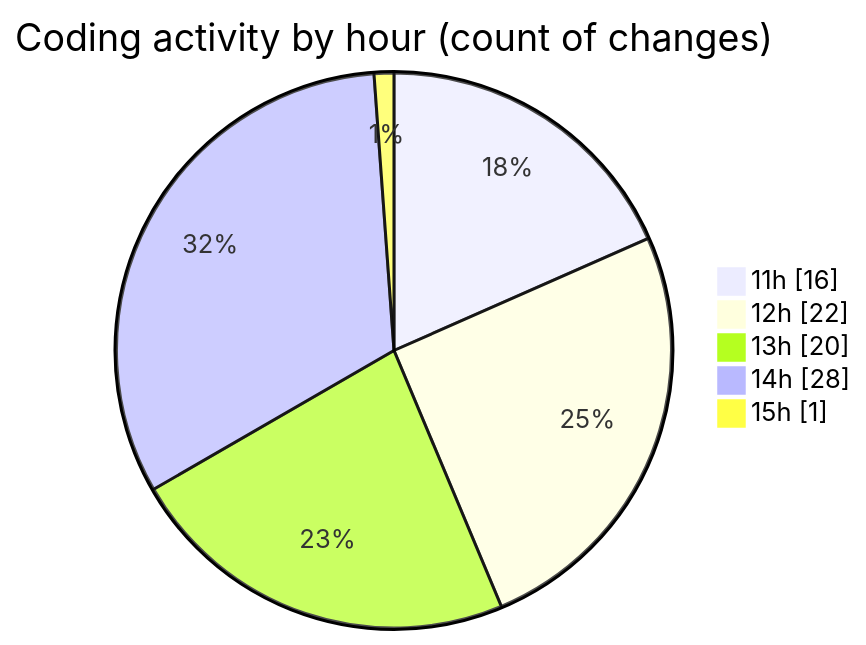
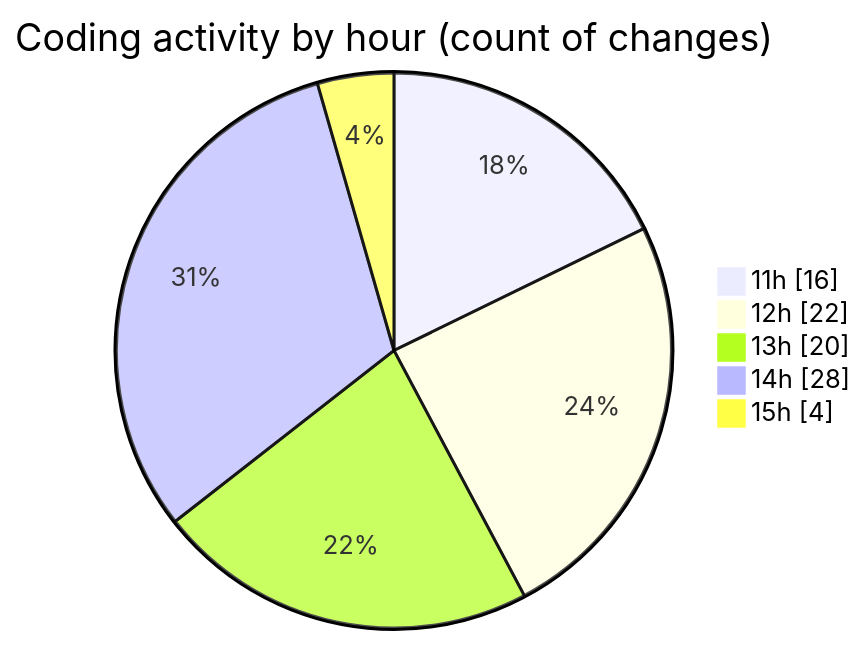
Before and after one commit to donsfak/code-tracking: the second of 2 diagrams in 2025-03-25/wordle/README.md, drawn with Mermaid. The commit also changed other lines of this file and 1 other file, not shown here.

````diff
--- a/2025-03-25/wordle/README.md
+++ b/2025-03-25/wordle/README.md
@@ -36,9 +36,9 @@
 ```mermaid
 pie showData
 title Coding activity by hour (count of changes)
 "11h" : 16
 "12h" : 22
 "13h" : 20
 "14h" : 28
-"15h" : 1
+"15h" : 4
 ```
````
